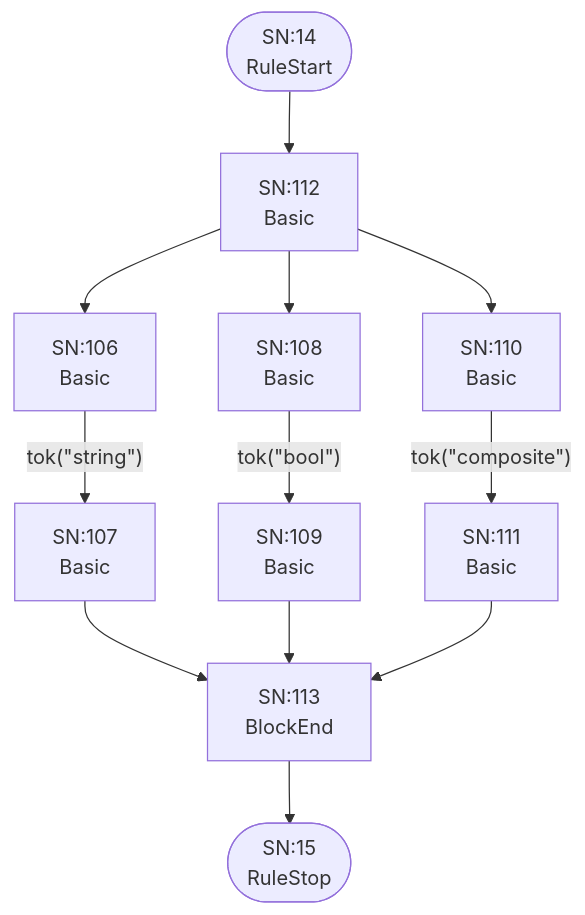
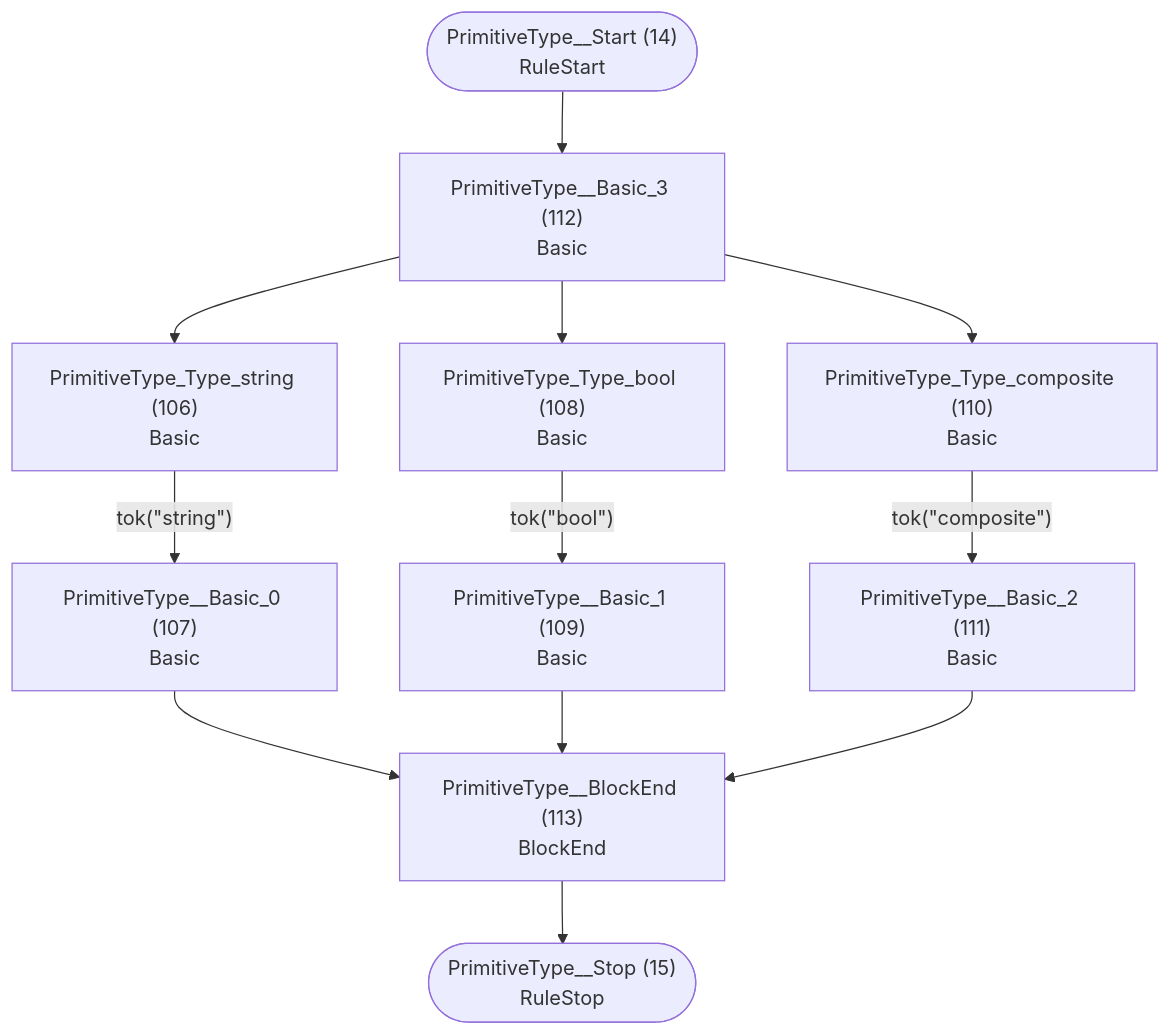
The eighth of 25 diagrams in internal/grammar/atn.md (TypeFox/fastbelt), drawn with Mermaid before and after one commit. The commit also changed other lines of this file and 26 other files, not shown here.

````diff
--- a/internal/grammar/atn.md
+++ b/internal/grammar/atn.md
@@ -197,25 +197,25 @@
 ```mermaid
 flowchart TD
-    q14(["SN:14<br/>RuleStart"])
-    q15(["SN:15<br/>RuleStop"])
-    q106["SN:106<br/>Basic<br/>"]
-    q107["SN:107<br/>Basic<br/>"]
-    q108["SN:108<br/>Basic<br/>"]
-    q109["SN:109<br/>Basic<br/>"]
-    q110["SN:110<br/>Basic<br/>"]
-    q111["SN:111<br/>Basic<br/>"]
-    q112["SN:112<br/>Basic<br/>"]
-    q113["SN:113<br/>BlockEnd<br/>"]
+    q14(["PrimitiveType__Start (14)<br/>RuleStart"])
+    q15(["PrimitiveType__Stop (15)<br/>RuleStop"])
+    q106["PrimitiveType_Type_string (106)<br/>Basic<br/>"]
+    q107["PrimitiveType__Basic_0 (107)<br/>Basic<br/>"]
+    q108["PrimitiveType_Type_bool (108)<br/>Basic<br/>"]
+    q109["PrimitiveType__Basic_1 (109)<br/>Basic<br/>"]
+    q110["PrimitiveType_Type_composite (110)<br/>Basic<br/>"]
+    q111["PrimitiveType__Basic_2 (111)<br/>Basic<br/>"]
+    q112["PrimitiveType__Basic_3 (112)<br/>Basic<br/>"]
+    q113["PrimitiveType__BlockEnd (113)<br/>BlockEnd<br/>"]
 
     q14 --> q112
     q106 -->|"tok(&quot;string&quot;)"| q107
     q107 --> q113
     q108 -->|"tok(&quot;bool&quot;)"| q109
     q109 --> q113
     q110 -->|"tok(&quot;composite&quot;)"| q111
     q111 --> q113
     q112 --> q106
     q112 --> q108
     q112 --> q110
     q113 --> q15
 ```
````
